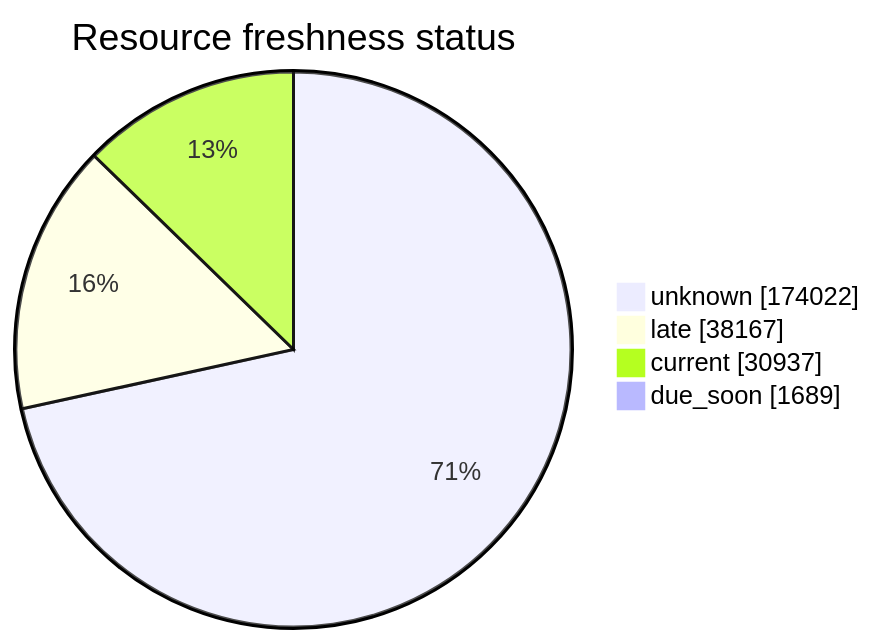
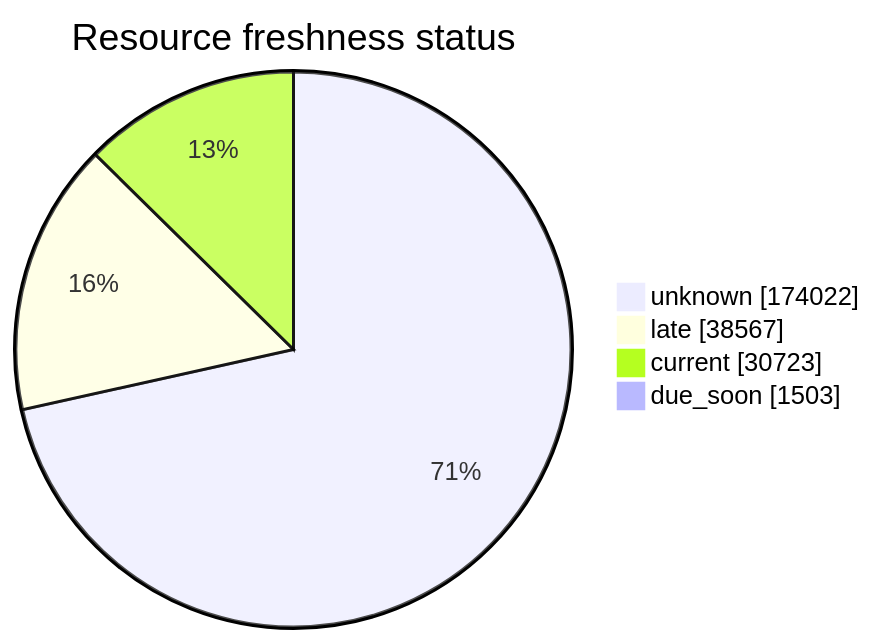
One commit to open-data/analytics-corporate-reporting changed the third of 5 diagrams in FreshCheck/README.md. Above: the diagram before and after it, drawn with Mermaid. The commit also changed other lines of this file and 3 other files, not shown here.

````diff
--- a/FreshCheck/README.md
+++ b/FreshCheck/README.md
@@ -77,7 +77,7 @@
 ```mermaid
 pie showData title Resource freshness status
     "unknown": 174022
-    "late": 38167
-    "current": 30937
-    "due_soon": 1689
+    "late": 38567
+    "current": 30723
+    "due_soon": 1503
 ```
````
